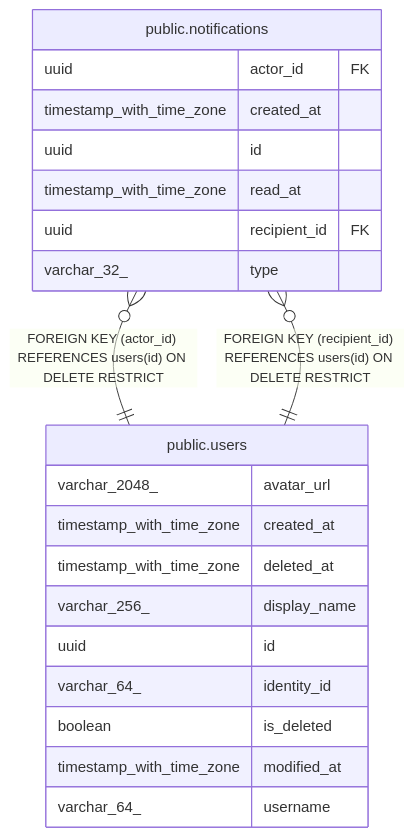
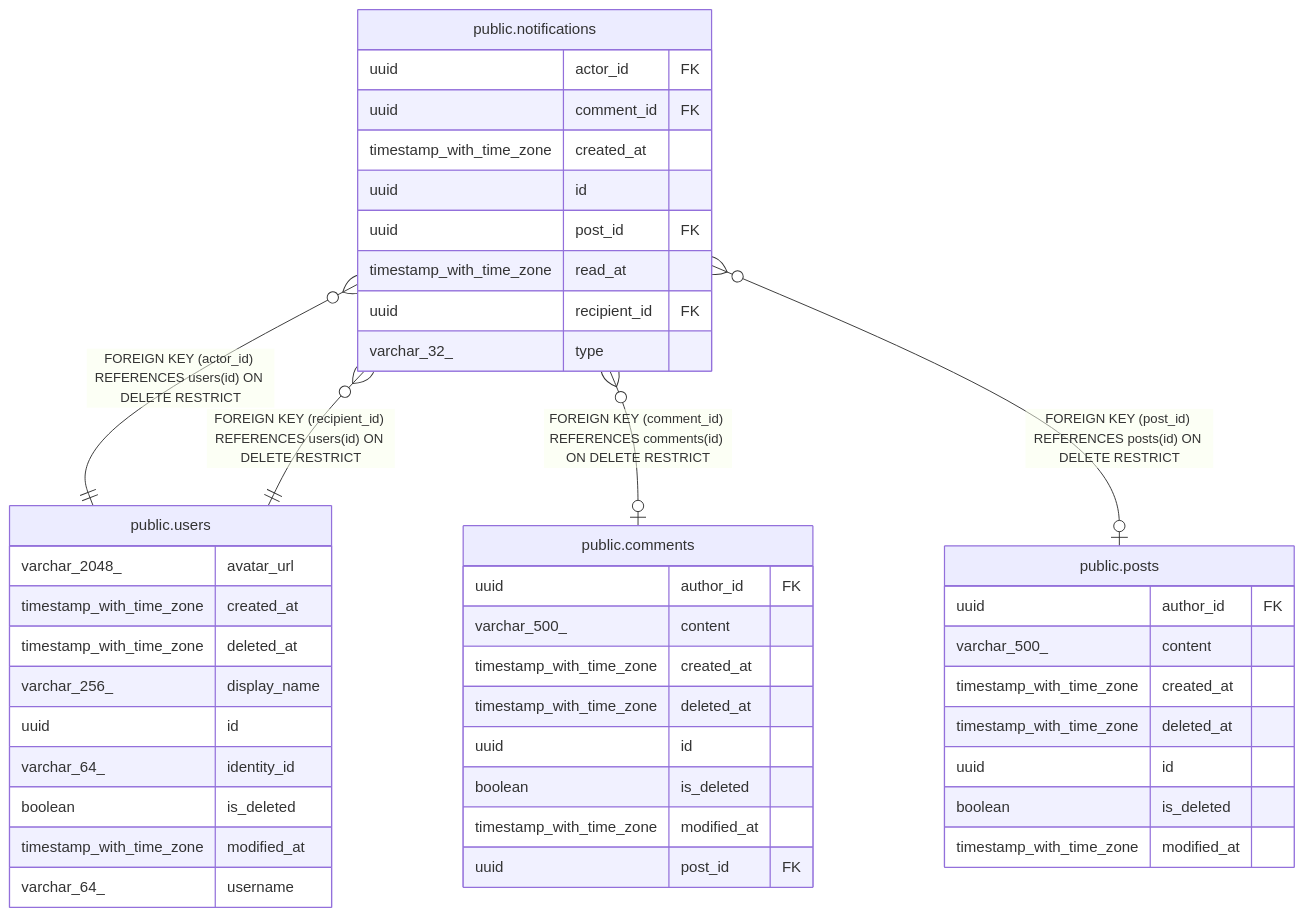
Before and after one commit to trduc2712/choco-api: the diagram in docs/database/public.notifications.md, drawn with Mermaid. The commit also changed other lines of this file and 4 other files, not shown here.

````diff
--- a/docs/database/public.notifications.md
+++ b/docs/database/public.notifications.md
@@ -42,26 +48,49 @@
 ```mermaid
 erDiagram
 
 "public.notifications" }o--|| "public.users" : "FOREIGN KEY (actor_id) REFERENCES users(id) ON DELETE RESTRICT"
+"public.notifications" }o--o| "public.comments" : "FOREIGN KEY (comment_id) REFERENCES comments(id) ON DELETE RESTRICT"
+"public.notifications" }o--o| "public.posts" : "FOREIGN KEY (post_id) REFERENCES posts(id) ON DELETE RESTRICT"
 "public.notifications" }o--|| "public.users" : "FOREIGN KEY (recipient_id) REFERENCES users(id) ON DELETE RESTRICT"
 
 "public.notifications" {
   uuid actor_id FK
+  uuid comment_id FK
   timestamp_with_time_zone created_at
   uuid id
+  uuid post_id FK
   timestamp_with_time_zone read_at
   uuid recipient_id FK
   varchar_32_ type
 }
 "public.users" {
   varchar_2048_ avatar_url
   timestamp_with_time_zone created_at
   timestamp_with_time_zone deleted_at
   varchar_256_ display_name
   uuid id
   varchar_64_ identity_id
   boolean is_deleted
   timestamp_with_time_zone modified_at
   varchar_64_ username
 }
+"public.comments" {
+  uuid author_id FK
+  varchar_500_ content
+  timestamp_with_time_zone created_at
+  timestamp_with_time_zone deleted_at
+  uuid id
+  boolean is_deleted
+  timestamp_with_time_zone modified_at
+  uuid post_id FK
+}
+"public.posts" {
+  uuid author_id FK
+  varchar_500_ content
+  timestamp_with_time_zone created_at
+  timestamp_with_time_zone deleted_at
+  uuid id
+  boolean is_deleted
+  timestamp_with_time_zone modified_at
+}
 ```
````
